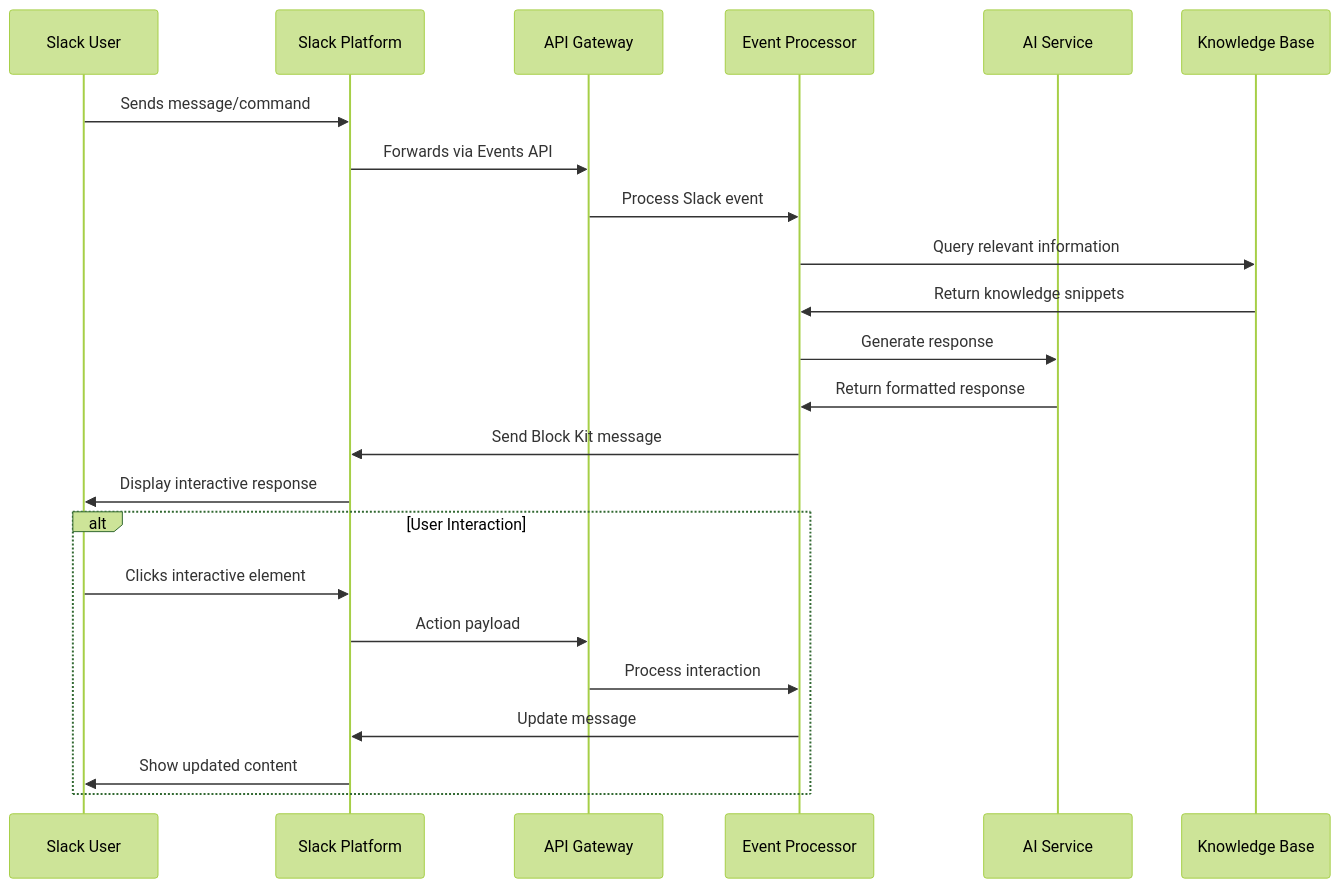
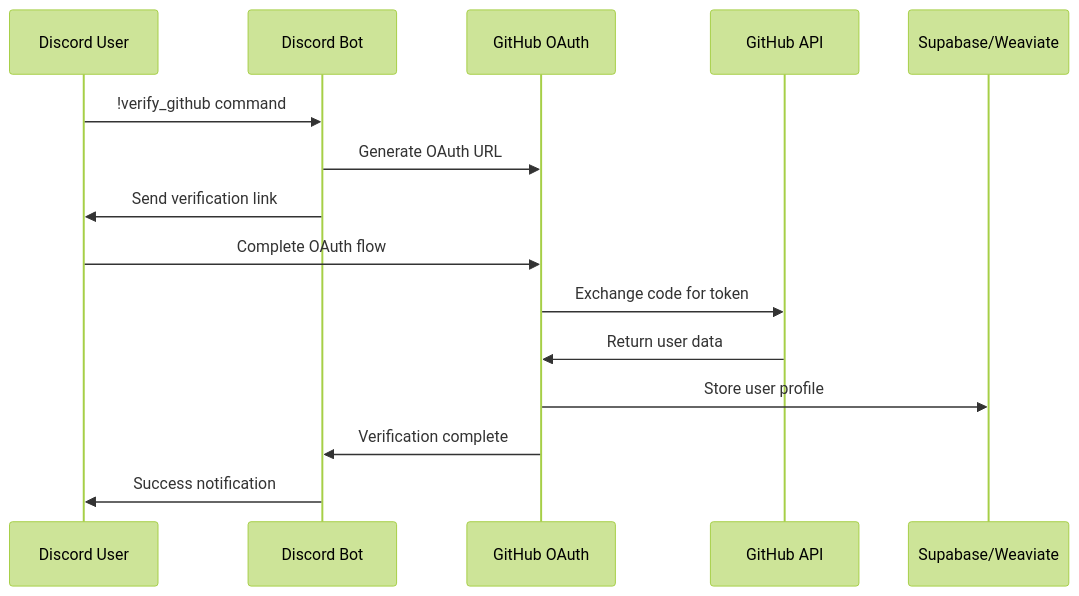
One commit to smokeyScraper/Devr.AI changed the third of 6 diagrams in README.md. Above: the diagram before and after it, drawn with Mermaid (forest theme). The commit also changed other lines of this file and 2 other files, not shown here.

````diff
--- a/README.md
+++ b/README.md
@@ -538,30 +492,20 @@
 ```mermaid
 sequenceDiagram
-    participant User as Slack User
-    participant Slack as Slack Platform
-    participant API as API Gateway
-    participant EP as Event Processor
-    participant AI as AI Service
-    participant KB as Knowledge Base
+    participant User as Discord User
+    participant Bot as Discord Bot
+    participant OAuth as GitHub OAuth
+    participant API as GitHub API
+    participant DB as Supabase/Weaviate
 
-    User->>Slack: Sends message/command
-    Slack->>API: Forwards via Events API
-    API->>EP: Process Slack event
-
-    EP->>KB: Query relevant information
-    KB->>EP: Return knowledge snippets
-
-    EP->>AI: Generate response
-    AI->>EP: Return formatted response
-
-    EP->>Slack: Send Block Kit message
-    Slack->>User: Display interactive response
-
-    alt User Interaction
-        User->>Slack: Clicks interactive element
-        Slack->>API: Action payload
-        API->>EP: Process interaction
-        EP->>Slack: Update message
-        Slack->>User: Show updated content
-    end
+    User->>Bot: !verify_github command
+    Bot->>OAuth: Generate OAuth URL
+    Bot->>User: Send verification link
+    
+    User->>OAuth: Complete OAuth flow
+    OAuth->>API: Exchange code for token
+    API->>OAuth: Return user data
+    
+    OAuth->>DB: Store user profile
+    OAuth->>Bot: Verification complete
+    Bot->>User: Success notification
 ```
````
